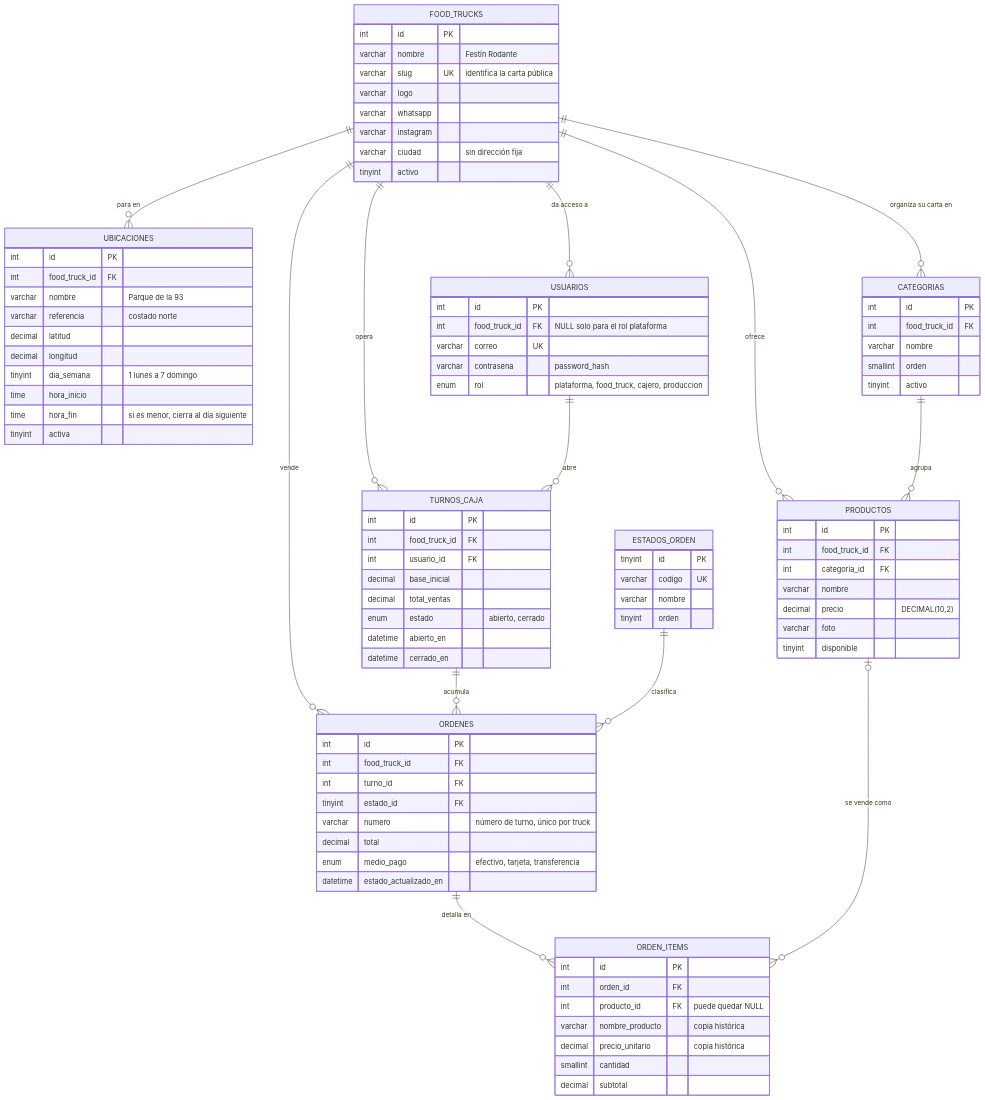
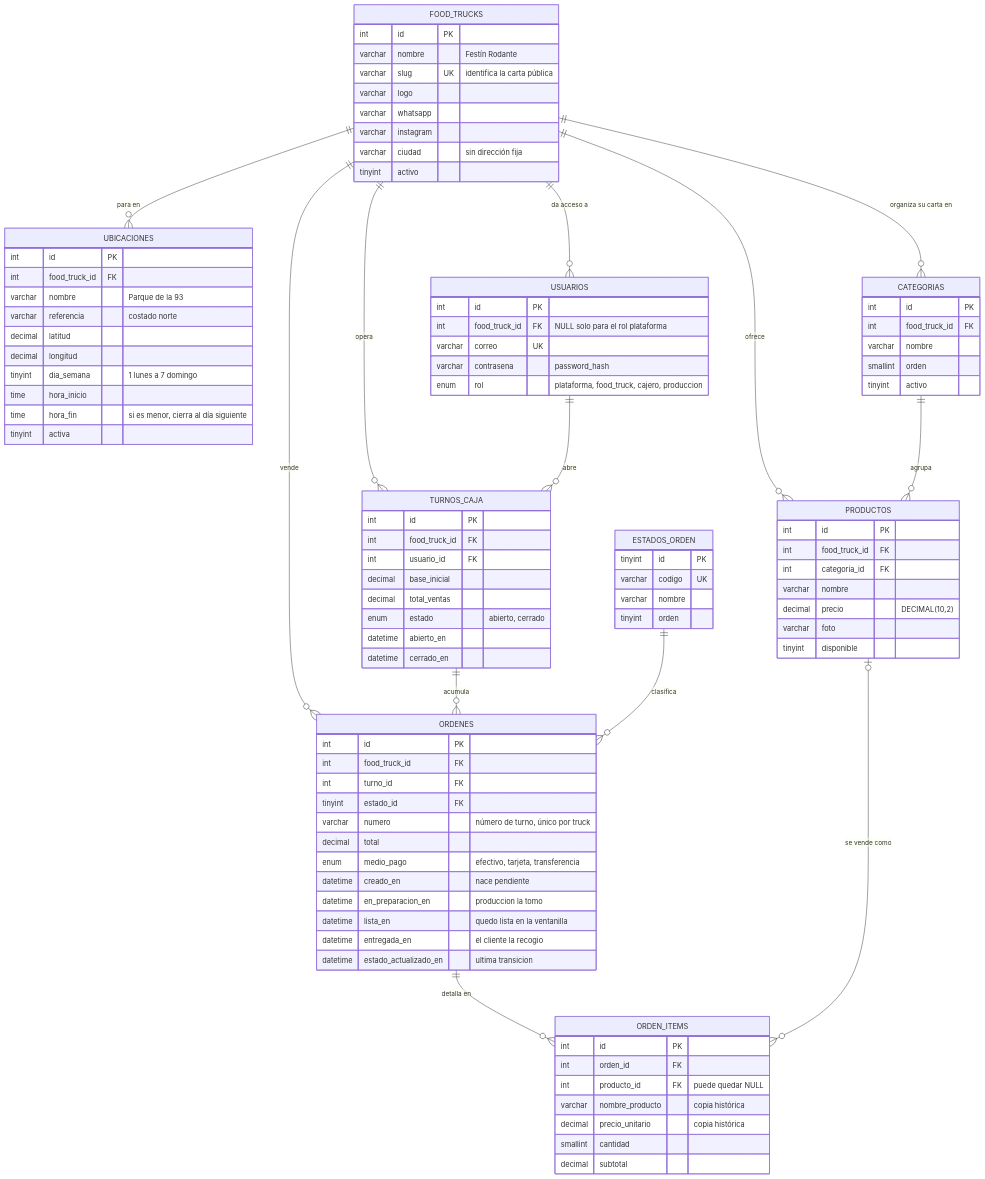
One commit to Lain-Ramirez/Menu08 changed the fifth of 7 diagrams in README.md. Above: the diagram before and after it, drawn with Mermaid. The commit also changed 10 other files, not shown here.

```diff
--- a/README.md
+++ b/README.md
@@ -272,7 +272,11 @@
         varchar numero "número de turno, único por truck"
         decimal total
         enum medio_pago "efectivo, tarjeta, transferencia"
-        datetime estado_actualizado_en
+        datetime creado_en "nace pendiente"
+        datetime en_preparacion_en "produccion la tomo"
+        datetime lista_en "quedo lista en la ventanilla"
+        datetime entregada_en "el cliente la recogio"
+        datetime estado_actualizado_en "ultima transicion"
     }
     ORDEN_ITEMS {
         int id PK
```
